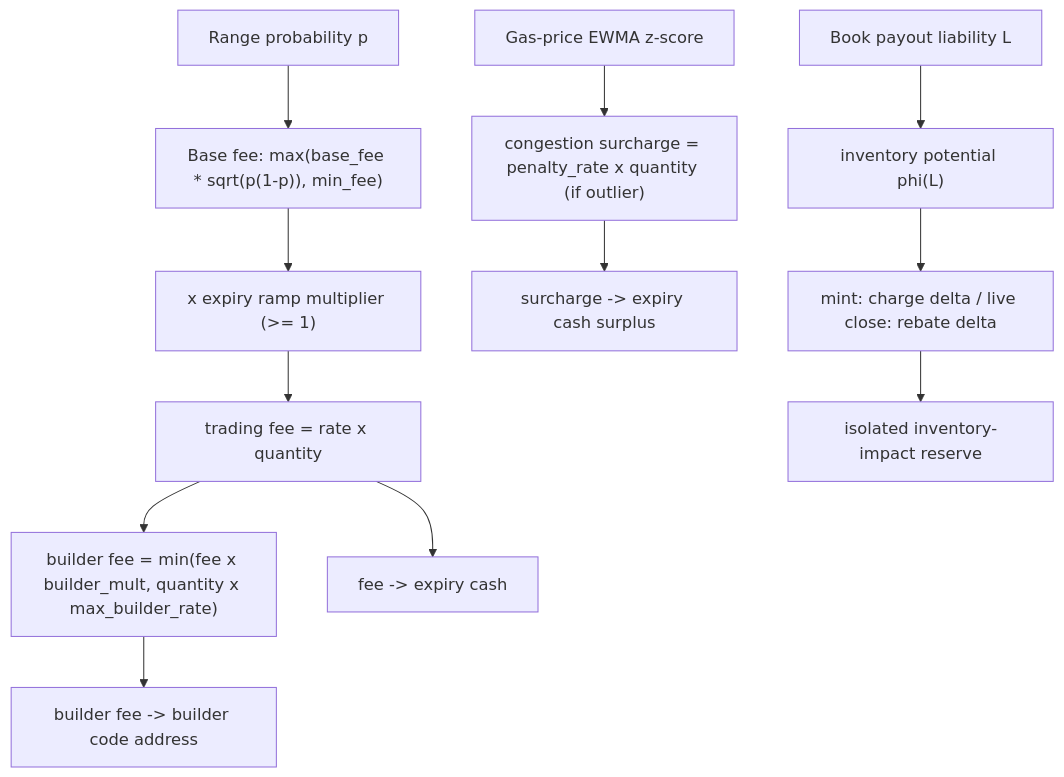
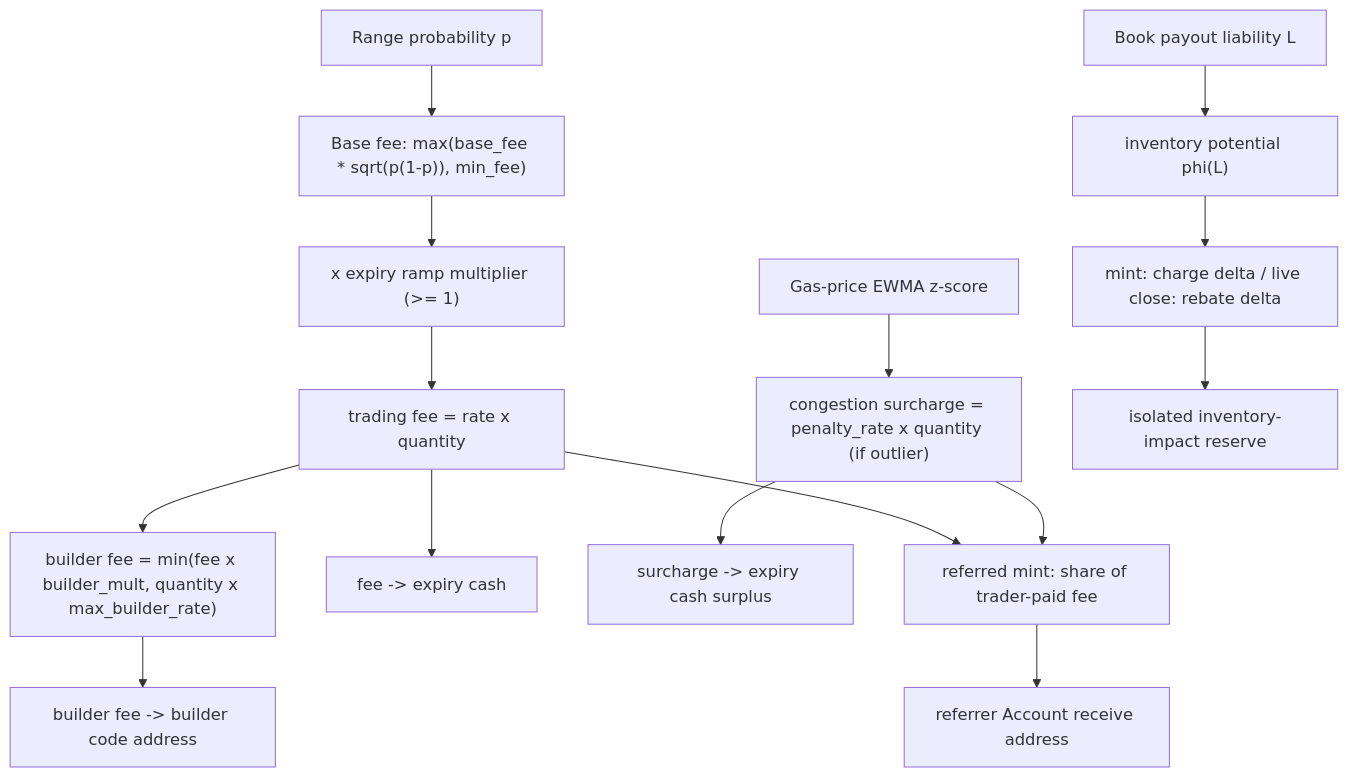
Before and after one commit to MystenLabs/deepbookv3: the diagram in packages/predict/docs/concepts/fees-and-rebates.md, drawn with Mermaid. The commit also changed other lines of this file and 6 other files, not shown here.

````diff
--- a/packages/predict/docs/concepts/fees-and-rebates.md
+++ b/packages/predict/docs/concepts/fees-and-rebates.md
@@ -148,14 +166,17 @@
 ```mermaid
 flowchart TD
     P[Range probability p] --> BF["Base fee: max(base_fee * sqrt(p(1-p)), min_fee)"]
     BF --> RAMP["x expiry ramp multiplier (>= 1)"]
     RAMP --> FEE[trading fee = rate x quantity]
     FEE --> BUILD["builder fee = min(fee x builder_mult, quantity x max_builder_rate)"]
     GAS[Gas-price EWMA z-score] --> CONG["congestion surcharge = penalty_rate x quantity (if outlier)"]
     FEE --> COLLECT[fee -> expiry cash]
     BUILD --> BUILDER[builder fee -> builder code address]
     CONG --> SURPLUS[surcharge -> expiry cash surplus]
+    FEE --> REF[referred mint: share of trader-paid fee]
+    CONG --> REF
+    REF --> RACCOUNT[referrer Account receive address]
     L[Book payout liability L] --> PHI["inventory potential phi(L)"]
     PHI --> IMPACT["mint: charge delta / live close: rebate delta"]
     IMPACT --> IRESERVE[isolated inventory-impact reserve]
 ```
````
